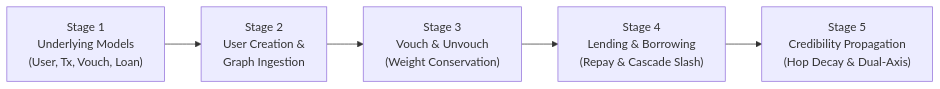
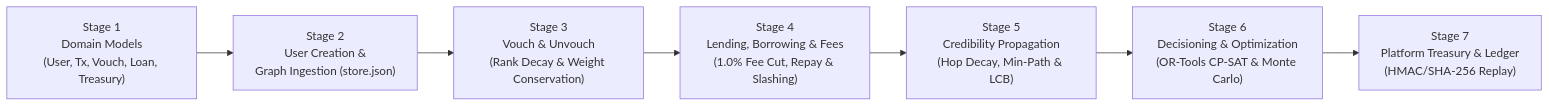
The diagram in backend/localdocs/Implementation_Doc.md (inwrongplannet/Srujana_hackathon2026_Vouch), drawn with Mermaid before and after one commit. The commit also changed other lines of this file and 28 other files, not shown here.

````diff
--- a/backend/localdocs/Implementation_Doc.md
+++ b/backend/localdocs/Implementation_Doc.md
@@ -14,7 +14,9 @@
 ```mermaid
 flowchart LR
-    A["Stage 1<br/>Underlying Models<br/>(User, Tx, Vouch, Loan)"] --> B["Stage 2<br/>User Creation &<br/>Graph Ingestion"]
-    B --> C["Stage 3<br/>Vouch & Unvouch<br/>(Weight Conservation)"]
-    C --> D["Stage 4<br/>Lending & Borrowing<br/>(Repay & Cascade Slash)"]
-    D --> E["Stage 5<br/>Credibility Propagation<br/>(Hop Decay & Dual-Axis)"]
+    A["Stage 1<br/>Domain Models<br/>(User, Tx, Vouch, Loan, Treasury)"] --> B["Stage 2<br/>User Creation &<br/>Graph Ingestion (store.json)"]
+    B --> C["Stage 3<br/>Vouch & Unvouch<br/>(Rank Decay & Weight Conservation)"]
+    C --> D["Stage 4<br/>Lending, Borrowing & Fees<br/>(1.0% Fee Cut, Repay & Slashing)"]
+    D --> E["Stage 5<br/>Credibility Propagation<br/>(Hop Decay, Min-Path & LCB)"]
+    E --> F["Stage 6<br/>Decisioning & Optimization<br/>(OR-Tools CP-SAT & Monte Carlo)"]
+    F --> G["Stage 7<br/>Platform Treasury & Ledger<br/>(HMAC/SHA-256 Replay)"]
 ```
````
